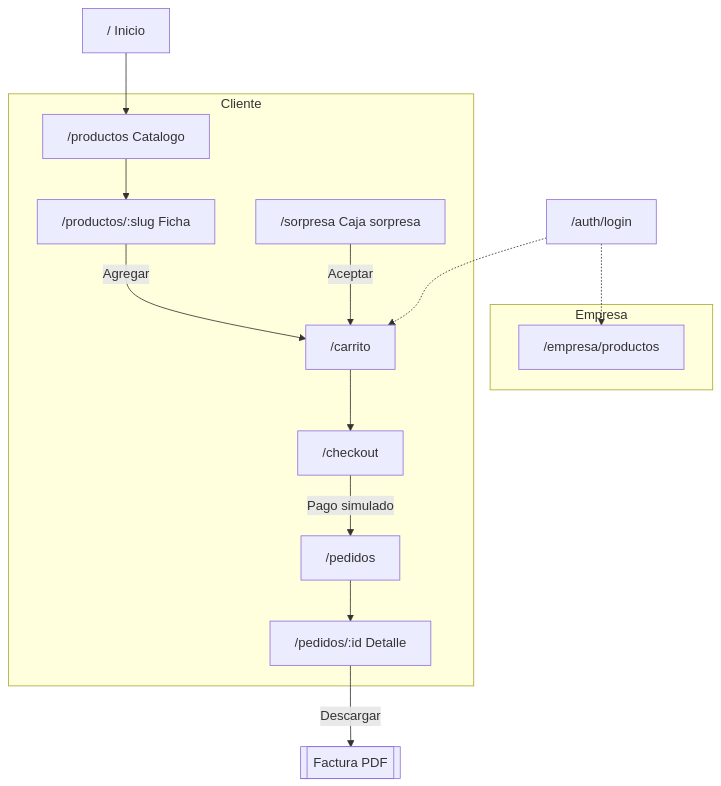
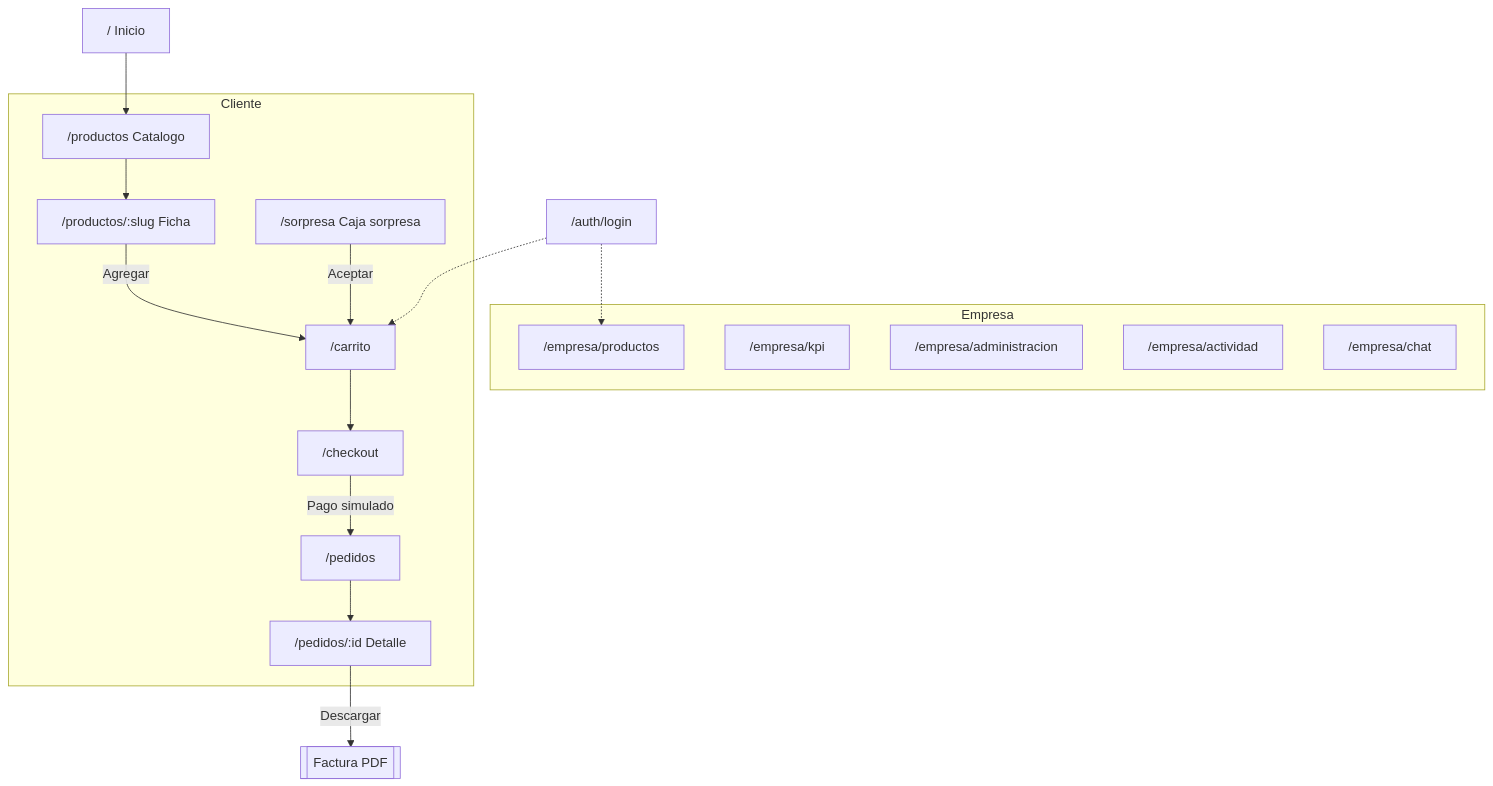
One commit to nikonikoni123/-ecommerce changed the third of 9 diagrams in doc.md. Above: the diagram before and after it, drawn with Mermaid. The commit also changed other lines of this file and 39 other files, not shown here.

First line of the commit message:
Fase 5: administracion, departamentos, metas KPI y chat de equipo

````diff
--- a/doc.md
+++ b/doc.md
@@ -191,27 +223,31 @@
 ```mermaid
 flowchart TD
     H["/ Inicio"] --> C["/productos Catalogo"]
     C --> D["/productos/:slug Ficha"]
     D -->|Agregar| CA["/carrito"]
     S["/sorpresa Caja sorpresa"] -->|Aceptar| CA
     CA --> CK["/checkout"]
     CK -->|Pago simulado| P["/pedidos"]
     P --> PD["/pedidos/:id Detalle"]
     PD -->|Descargar| F[["Factura PDF"]]
 
     L["/auth/login"] -.-> CA
     L -.-> EP["/empresa/productos"]
 
     subgraph Cliente
         C
         D
         CA
         CK
         P
         PD
         S
     end
     subgraph Empresa
         EP
+        EK["/empresa/kpi"]
+        EA["/empresa/administracion"]
+        EAC["/empresa/actividad"]
+        ECH["/empresa/chat"]
     end
 ```
````
